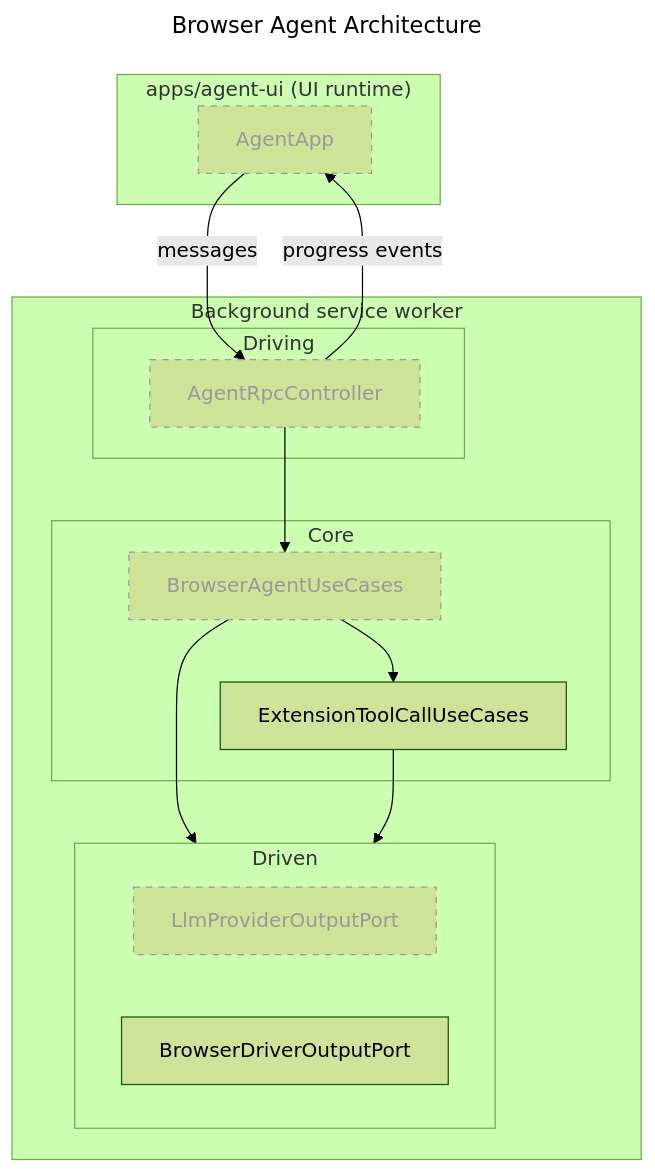
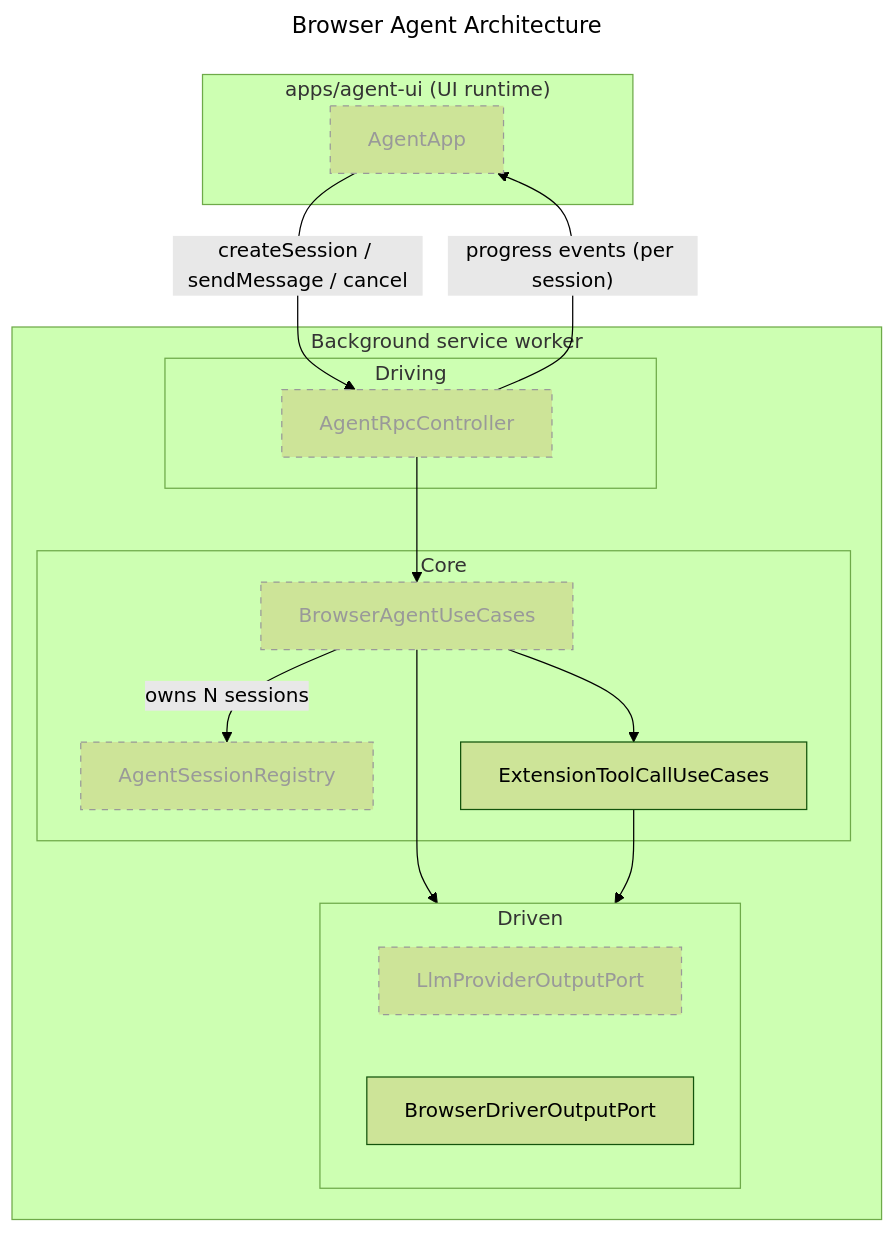
Before and after one commit to ndthanhdev/mcp-browser-kit: diagram 11 of 11 in docs/architecture.md, drawn with Mermaid (forest theme). The commit also changed other lines of this file and 6 other files, not shown here.

First line of the commit message:
feat: add BrowserAgent driving contract with agent sessions (#147)

````diff
--- a/docs/architecture.md
+++ b/docs/architecture.md
@@ -310,34 +322,36 @@
 ```mermaid
 ---
 title: Browser Agent Architecture
 ---
 flowchart TD
   subgraph AgentUi["apps/agent-ui (UI runtime)"]
     AgentApp["AgentApp"]
   end
 
   subgraph BackgroundSW["Background service worker"]
     subgraph Driving["Driving"]
       AgentRpcController["AgentRpcController"]
     end
     subgraph Core["Core"]
       BrowserAgentUseCases["BrowserAgentUseCases"]
+      AgentSessionRegistry["AgentSessionRegistry"]
       ExtensionToolCallUseCases["ExtensionToolCallUseCases"]
     end
     subgraph Driven["Driven"]
       direction LR
       LlmProvider["LlmProviderOutputPort"]
       BrowserDriver["BrowserDriverOutputPort"]
     end
   end
 
-  AgentApp -->|"messages"| AgentRpcController
-  AgentRpcController -->|"progress events"| AgentApp
+  AgentApp -->|"createSession / sendMessage / cancel"| AgentRpcController
+  AgentRpcController -->|"progress events (per session)"| AgentApp
   AgentRpcController --> BrowserAgentUseCases
+  BrowserAgentUseCases -->|"owns N sessions"| AgentSessionRegistry
   BrowserAgentUseCases --> LlmProvider
   BrowserAgentUseCases --> ExtensionToolCallUseCases
   ExtensionToolCallUseCases --> BrowserDriver
 
   classDef planned stroke-dasharray:5 5,stroke:#999,color:#999;
-  class AgentApp,AgentApp,AgentRpcController,BrowserAgentUseCases,LlmProvider planned;
+  class AgentApp,AgentRpcController,BrowserAgentUseCases,AgentSessionRegistry,LlmProvider planned;
 ```
````
